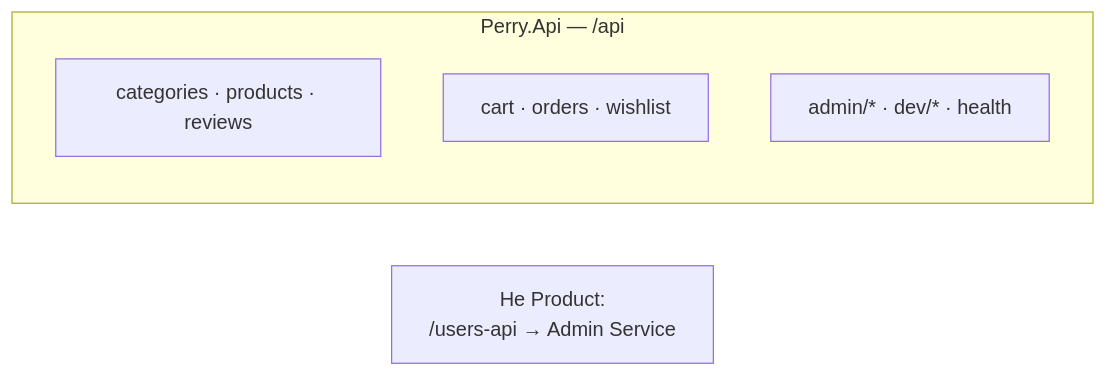
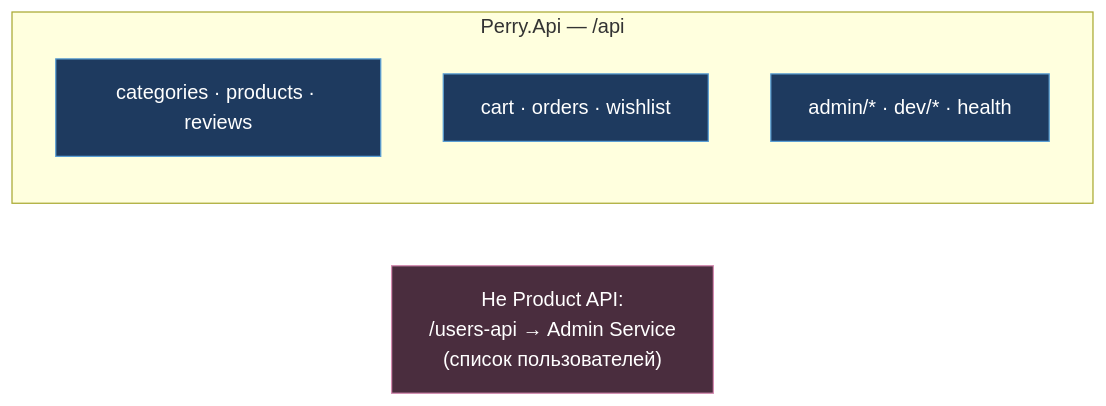
Before and after one commit to ITSTEP-PERRY/Back_end_for_our_poroject: the sixth of 10 diagrams in project_defense/DEFENSE_BACKEND.md, drawn with Mermaid. The commit also changed other lines of this file and 2 other files, not shown here.

````diff
--- a/project_defense/DEFENSE_BACKEND.md
+++ b/project_defense/DEFENSE_BACKEND.md
@@ -221,10 +255,16 @@
 ```mermaid
 flowchart LR
   subgraph API["Perry.Api — /api"]
     direction TB
     R1["categories · products · reviews"]
     R2["cart · orders · wishlist"]
     R3["admin/* · dev/* · health"]
   end
-  EXT["Не Product:<br/>/users-api → Admin Service"]
+
+  EXT["Не Product API:<br/>/users-api → Admin Service<br/>(список пользователей)"]
+
+  classDef a fill:#1e3a5f,stroke:#5b9fd4,color:#fff
+  classDef e fill:#4a2d3e,stroke:#d48ab0,color:#fff
+  class R1,R2,R3 a
+  class EXT e
 ```
````
